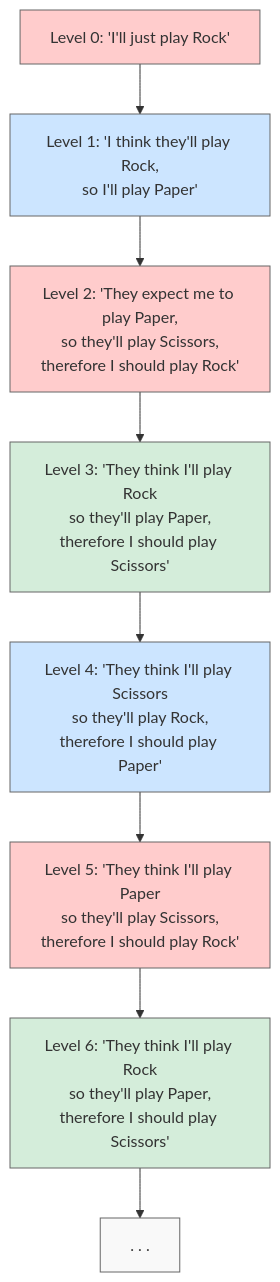
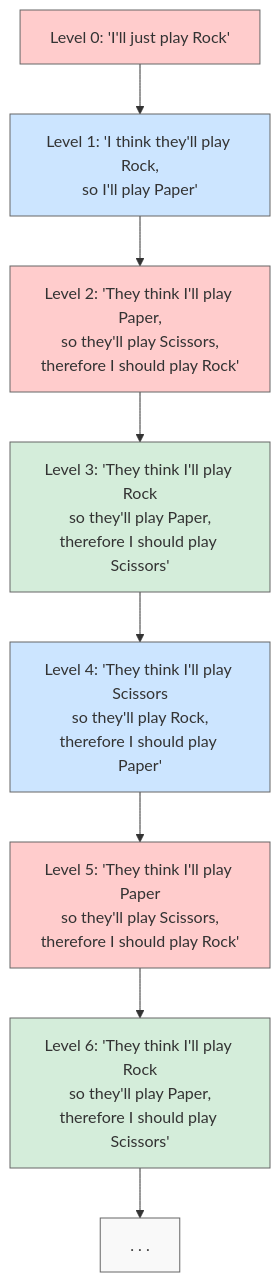
Before and after one commit to overbetai/rpsbot: the diagram in rpsom.qmd, drawn with Mermaid. The commit also changed other lines of this file and 14 other files, not shown here.

````diff
--- a/rpsom.qmd
+++ b/rpsom.qmd
@@ -12,28 +14,28 @@
 ```{mermaid}
 %%| fig-width: 8
 graph TD
     B["Level 0: 'I'll just play Rock'"]
     
     B --> C["Level 1: 'I think they'll play Rock,<br>so I'll play Paper'"]
     
-    C --> D["Level 2: 'They expect me to play Paper,<br>so they'll play Scissors,<br>therefore I should play Rock'"]
+    C --> D["Level 2: 'They think I'll play Paper,<br>so they'll play Scissors,<br>therefore I should play Rock'"]
     
     D --> E["Level 3: 'They think I'll play Rock<br>so they'll play Paper,<br>therefore I should play Scissors'"]
     
     E --> F["Level 4: 'They think I'll play Scissors<br>so they'll play Rock,<br>therefore I should play Paper'"]
     
     F --> H["Level 5: 'They think I'll play Paper<br>so they'll play Scissors,<br>therefore I should play Rock'"]
     
     H --> I["Level 6: 'They think I'll play Rock<br>so they'll play Paper,<br>therefore I should play Scissors'"]
     
     I --> G[". . ."]
     
     style B fill:#ffcccc,stroke:#666
     style C fill:#cce5ff,stroke:#666
     style D fill:#ffcccc,stroke:#666
     style E fill:#d4edda,stroke:#666
     style F fill:#cce5ff,stroke:#666
     style H fill:#ffcccc,stroke:#666
     style I fill:#d4edda,stroke:#666
     style G fill:#f9f9f9,stroke:#666
 ```
````
